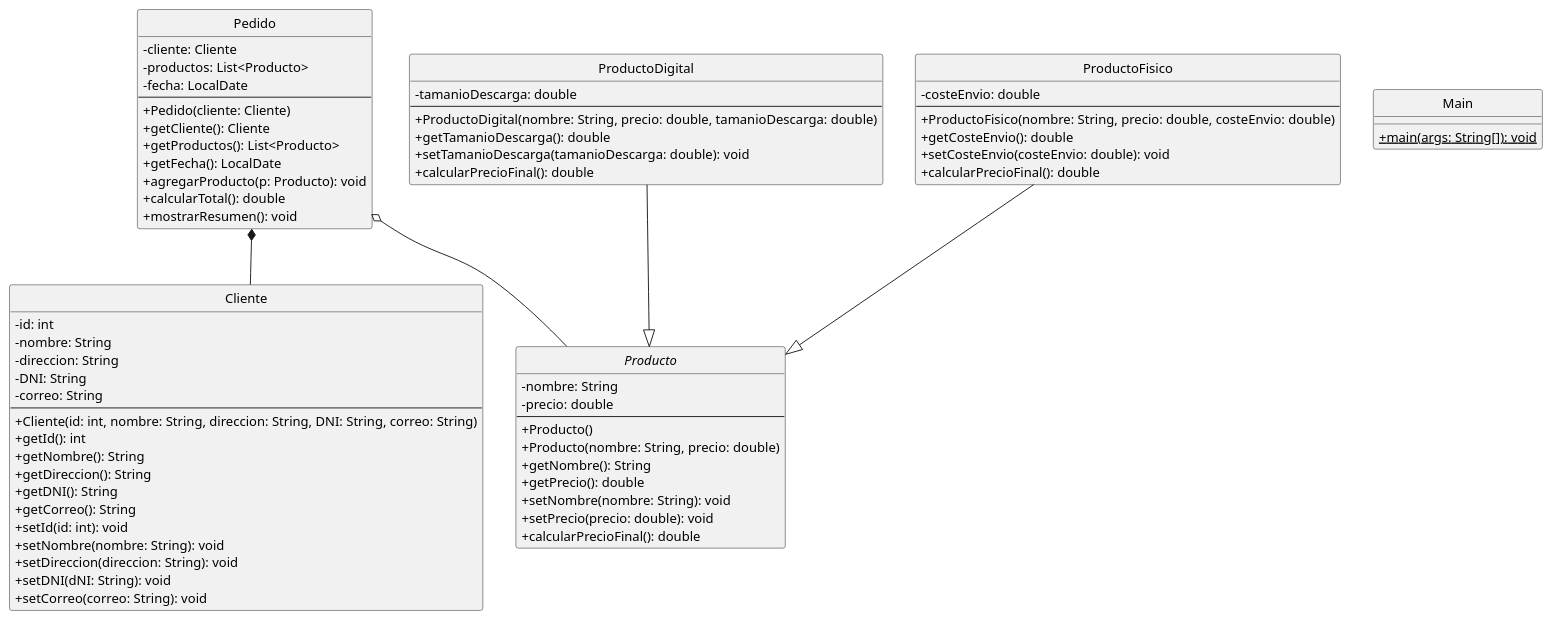
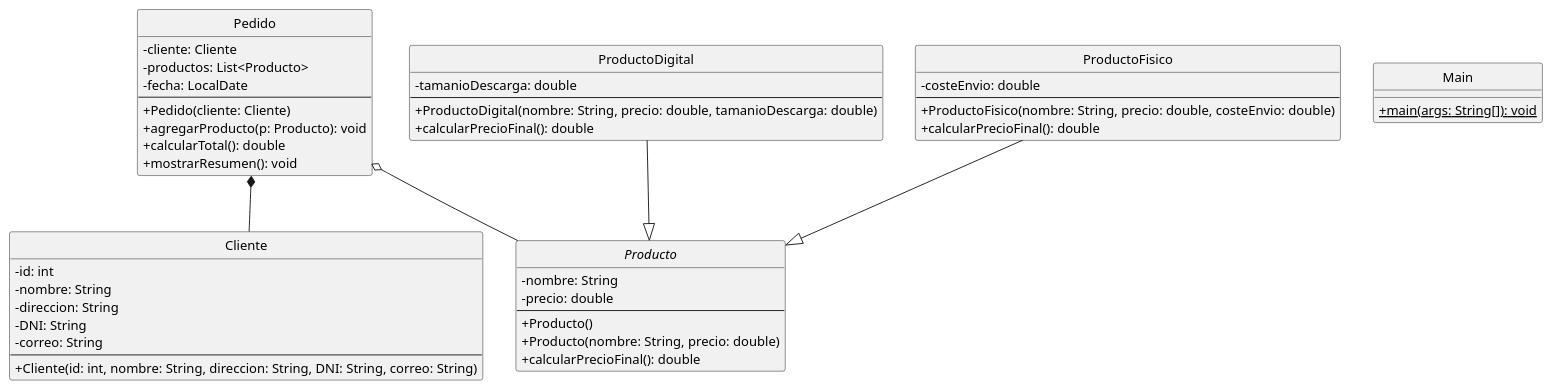
Before and after one commit to JGD81/PROYECTO: the diagram in output/src.puml, drawn with PlantUML. The commit also changed 8 other files, not shown here.

```diff
--- a/output/src.puml
+++ b/output/src.puml
@@ -6,78 +6,57 @@
 @startuml
 skinparam classAttributeIconSize 0
 hide circle
 
 class Cliente {
   -id: int
   -nombre: String
   -direccion: String
   -DNI: String
   -correo: String
   --
   +Cliente(id: int, nombre: String, direccion: String, DNI: String, correo: String)
-  +getId(): int
-  +getNombre(): String
-  +getDireccion(): String
-  +getDNI(): String
-  +getCorreo(): String
-  +setId(id: int): void
-  +setNombre(nombre: String): void
-  +setDireccion(direccion: String): void
-  +setDNI(dNI: String): void
-  +setCorreo(correo: String): void
 }
 
 class Main {
   +{static} main(args: String[]): void
 }
 
 class Pedido {
   -cliente: Cliente
   -productos: List<Producto>
   -fecha: LocalDate
   --
   +Pedido(cliente: Cliente)
-  +getCliente(): Cliente
-  +getProductos(): List<Producto>
-  +getFecha(): LocalDate
   +agregarProducto(p: Producto): void
   +calcularTotal(): double
   +mostrarResumen(): void
 }
 
 abstract class Producto {
   -nombre: String
   -precio: double
   --
   +Producto()
   +Producto(nombre: String, precio: double)
-  +getNombre(): String
-  +getPrecio(): double
-  +setNombre(nombre: String): void
-  +setPrecio(precio: double): void
   +calcularPrecioFinal(): double
 }
 
 class ProductoDigital {
   -tamanioDescarga: double
   --
   +ProductoDigital(nombre: String, precio: double, tamanioDescarga: double)
-  +getTamanioDescarga(): double
-  +setTamanioDescarga(tamanioDescarga: double): void
   +calcularPrecioFinal(): double
 }
 
 class ProductoFisico {
   -costeEnvio: double
   --
   +ProductoFisico(nombre: String, precio: double, costeEnvio: double)
-  +getCosteEnvio(): double
-  +setCosteEnvio(costeEnvio: double): void
   +calcularPrecioFinal(): double
 }
 
 Pedido *-- Cliente
 Pedido o-- Producto
 ProductoDigital --|> Producto
 ProductoFisico --|> Producto
 @enduml
```
